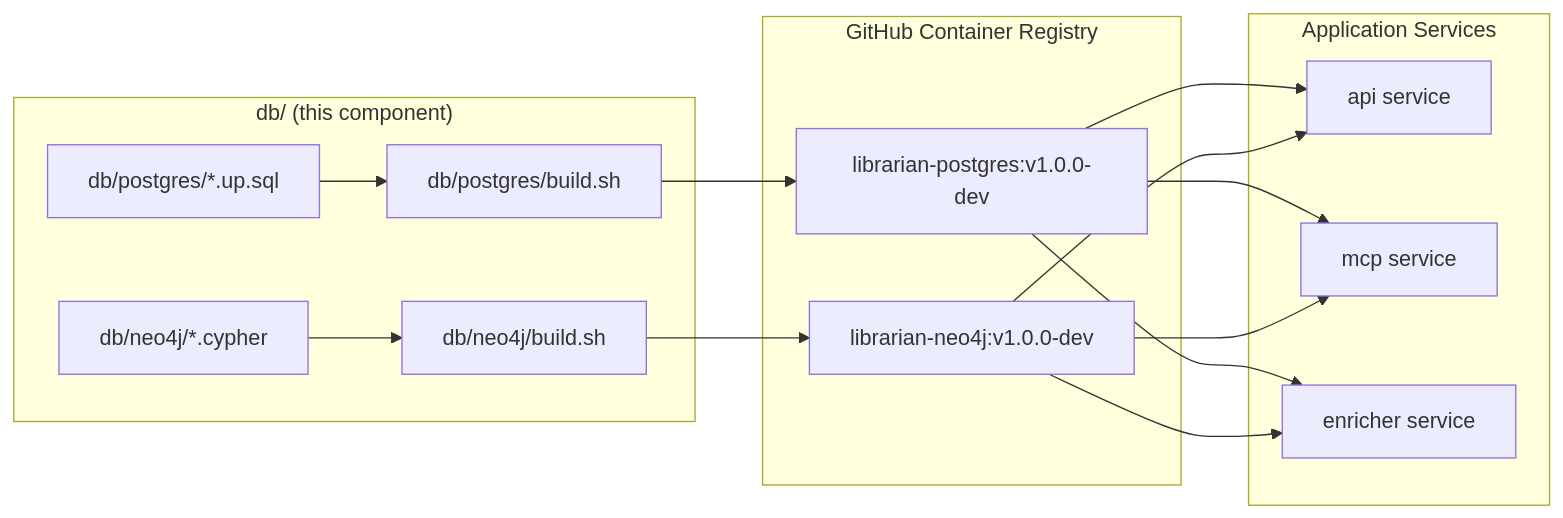
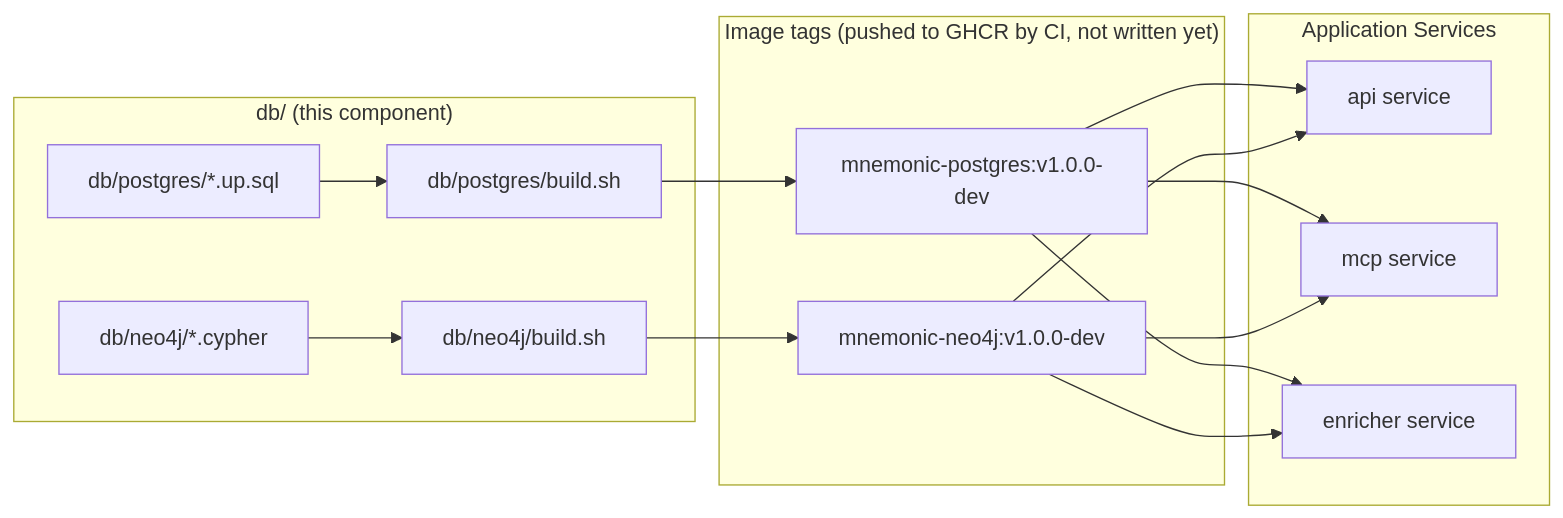
The diagram in docs/design/architecture/dbs/00-overview.md (twistingmercury/mnemonic), drawn with Mermaid before and after one commit. The commit also changed other lines of this file and 35 other files, not shown here.

First line of the commit message:
Rename the design docs to Mnemonic and fix the schema, build and CI text

````diff
--- a/docs/design/architecture/dbs/00-overview.md
+++ b/docs/design/architecture/dbs/00-overview.md
@@ -27,30 +27,30 @@
 ```mermaid
 graph LR
     subgraph db["db/ (this component)"]
         PG_SQL["db/postgres/*.up.sql"]
         NEO_CYP["db/neo4j/*.cypher"]
         PG_BUILD["db/postgres/build.sh"]
         NEO_BUILD["db/neo4j/build.sh"]
         PG_SQL --> PG_BUILD
         NEO_CYP --> NEO_BUILD
     end
 
-    subgraph GHCR["GitHub Container Registry"]
-        PG_IMG["librarian-postgres:v1.0.0-dev"]
-        NEO_IMG["librarian-neo4j:v1.0.0-dev"]
+    subgraph GHCR["Image tags (pushed to GHCR by CI, not written yet)"]
+        PG_IMG["mnemonic-postgres:v1.0.0-dev"]
+        NEO_IMG["mnemonic-neo4j:v1.0.0-dev"]
         PG_BUILD --> PG_IMG
         NEO_BUILD --> NEO_IMG
     end
 
     subgraph Apps["Application Services"]
         API["api service"]
         MCP["mcp service"]
         ENR["enricher service"]
         PG_IMG --> API
         PG_IMG --> MCP
         PG_IMG --> ENR
         NEO_IMG --> API
         NEO_IMG --> MCP
         NEO_IMG --> ENR
     end
 ```
````
